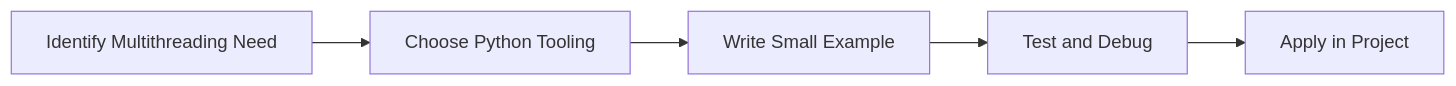
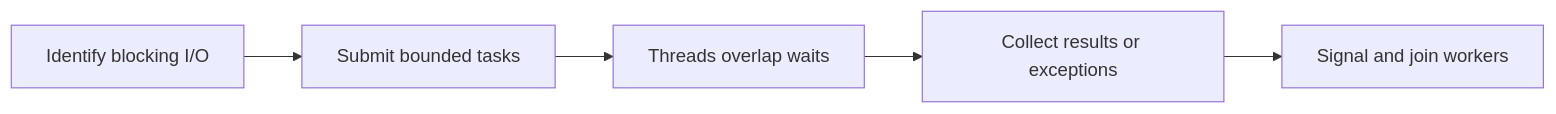
Before and after one commit to SYMOIZ/E-Learning-Portal: the diagram in Python-Mastery/Intermediate/20-multithreading.md, drawn with Mermaid. The commit also changed other lines of this file and 116 other files, not shown here.

````diff
--- a/Python-Mastery/Intermediate/20-multithreading.md
+++ b/Python-Mastery/Intermediate/20-multithreading.md
@@ -155,7 +172,7 @@
 ```mermaid
 flowchart LR
-    A[Identify Multithreading Need] --> B[Choose Python Tooling]
-    B --> C[Write Small Example]
-    C --> D[Test and Debug]
-    D --> E[Apply in Project]
+    A[Identify blocking I/O] --> B[Submit bounded tasks]
+    B --> C[Threads overlap waits]
+    C --> D[Collect results or exceptions]
+    D --> E[Signal and join workers]
 ```
````
